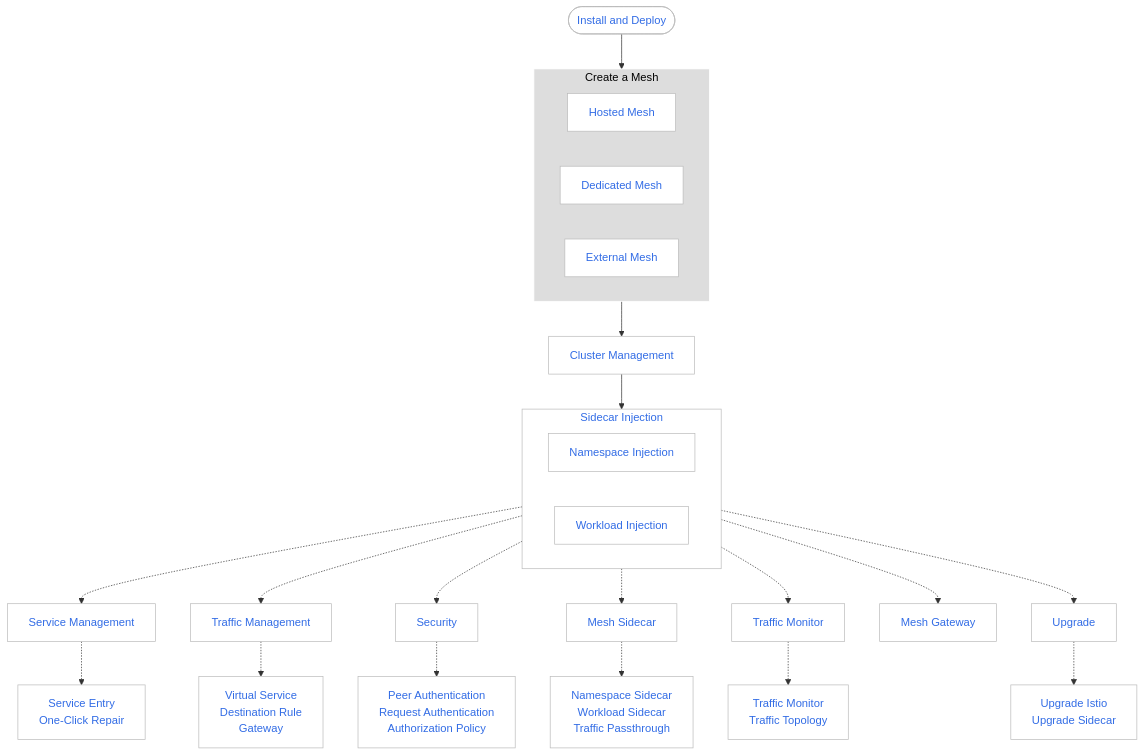
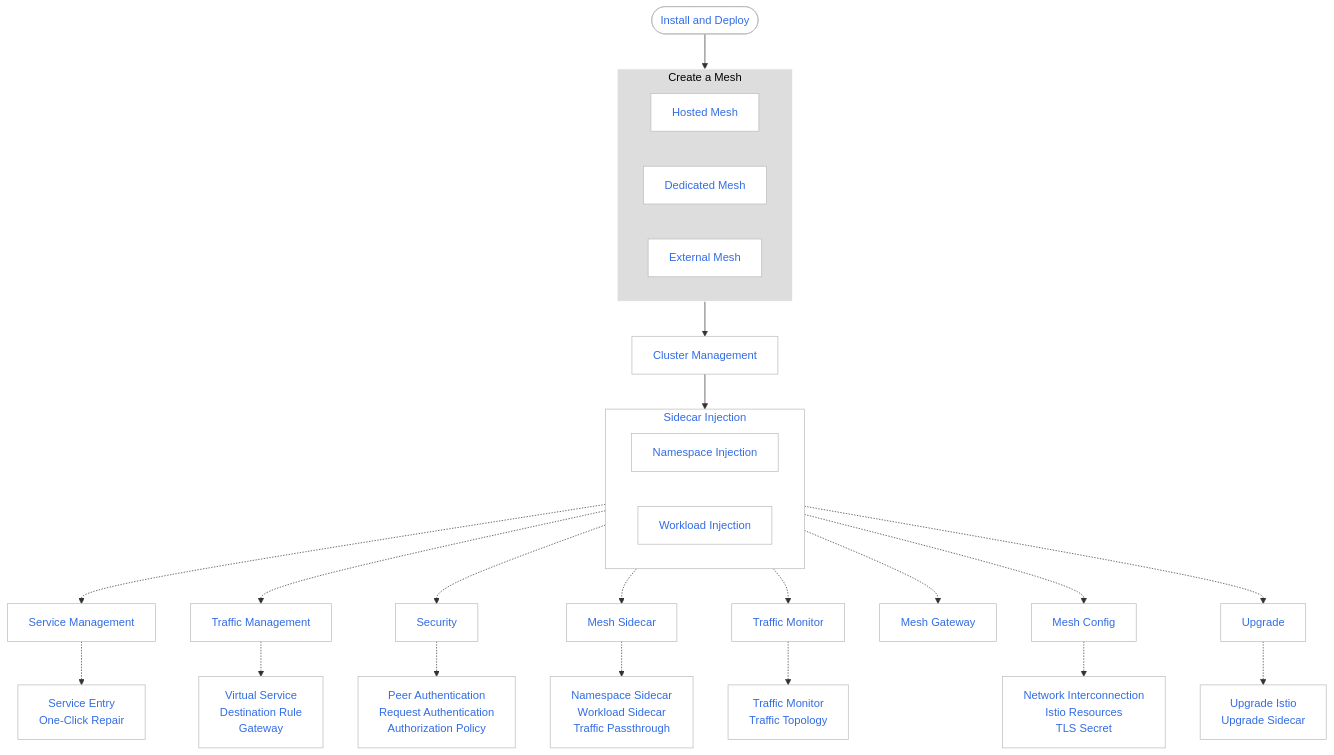
One commit to DaoCloud/DaoCloud-docs changed the diagram in docs/en/docs/mspider/intro/index.md. Above: the diagram before and after it, drawn with Mermaid. The commit also changed 1 other file, not shown here.

Commit message:
Update mspider index

````diff
--- a/docs/en/docs/mspider/intro/index.md
+++ b/docs/en/docs/mspider/intro/index.md
@@ -89,66 +89,69 @@
 ```mermaid
 flowchart TD
 
     install([Install and Deploy])
     install --> mesh[Create a Mesh]
         subgraph mesh[Create a Mesh]
             managed[Hosted Mesh]
             private[Dedicated Mesh]
             external[External Mesh]
             
         end
 
     mesh --> cluster[Cluster Management]
 
     cluster --> inject[Sidecar Injection]
 
         subgraph inject[Sidecar Injection]
             namespace[Namespace Injection]
             workload[Workload Injection]
         end
 
     
     inject -.-> service[Service Management]
     inject -.-> traffic[Traffic Management]
     inject -.-> security[Security]
     inject -.-> sidecar[Mesh Sidecar]
     inject -.-> watch[Traffic Monitor]
     inject -.-> gateway[Mesh Gateway]
+    inject -.-> config[Mesh Config]
     inject -.-> upgrade[Upgrade]
     
 
     service -.-> entry[Service Entry<br>One-Click Repair]
     traffic -.-> virtual[Virtual Service<br>Destination Rule<br>Gateway]
     security -.-> peer[Peer Authentication<br>Request Authentication<br>Authorization Policy]
     sidecar -.-> sidecarm[Namespace Sidecar<br>Workload Sidecar<br>Traffic Passthrough]
     watch -.-> watch2[Traffic Monitor<br>Traffic Topology]
+    config -.-> intercon[Network Interconnection<br>Istio Resources<br>TLS Secret]
     upgrade -.-> upgrade1[Upgrade Istio<br>Upgrade Sidecar]
 
     classDef plain fill:#ddd,stroke:#fff,stroke-width:1px,color:#000;
     classDef k8s fill:#326ce5,stroke:#fff,stroke-width:1px,color:#fff;
     classDef cluster fill:#fff,stroke:#bbb,stroke-width:1px,color:#326ce5;
 
     class mesh plain
-    class install,service,gateway,traffic,watch,upgrade,security,entry,virtual,peer,cluster,sidecar,sidecarm,watch2,managed,private,external,namespace,workload,upgrade1 cluster
+    class install,service,gateway,traffic,watch,upgrade,security,entry,virtual,peer,cluster,sidecar,sidecarm,watch2,managed,private,external,namespace,workload,upgrade1,config,intercon cluster
 
     click install "https://docs.daocloud.io/en/mspider/install/install/"
     click managed "https://docs.daocloud.io/en/mspider/user-guide/service-mesh/"
     click private "https://docs.daocloud.io/en/mspider/user-guide/service-mesh/"
     click external "https://docs.daocloud.io/en/mspider/user-guide/service-mesh/external-mesh/"
     click cluster "https://docs.daocloud.io/en/mspider/user-guide/cluster-management/join-clus/"
     click global "https://docs.daocloud.io/en/mspider/user-guide/sidecar-management/global-sidecar/"
     click namespace "https://docs.daocloud.io/en/mspider/user-guide/sidecar-management/ns-sidecar/"
     click workload "https://docs.daocloud.io/en/mspider/user-guide/sidecar-management/workload-sidecar/"
     click gateway "https://docs.daocloud.io/en/mspider/user-guide/gateway-instance/create/"
     click service "https://docs.daocloud.io/en/mspider/user-guide/service-list/"
     click traffic "https://docs.daocloud.io/en/mspider/user-guide/traffic-governance/"
     click security "https://docs.daocloud.io/en/mspider/user-guide/security/"
     click watch "https://docs.daocloud.io/en/mspider/user-guide/traffic-monitor/"
     click upgrade "https://docs.daocloud.io/en/mspider/user-guide/upgrade/istio-update/"
     click entry "https://docs.daocloud.io/en/mspider/user-guide/service-list/service-entry/"
     click virtual "https://docs.daocloud.io/en/mspider/user-guide/traffic-governance/virtual-service/"
     click peer "https://docs.daocloud.io/en/mspider/user-guide/security/peer/"
     click sidecar "https://docs.daocloud.io/en/mspider/user-guide/sidecar-management/ns-sidecar/"
     click sidecarm "https://docs.daocloud.io/en/mspider/user-guide/sidecar-management/passthrough/"
     click watch2 "https://docs.daocloud.io/en/mspider/user-guide/traffic-monitor/conn-topo/"
+    click intercon "https://docs.daocloud.io/en/mspider/user-guide/multicluster/cluster-interconnect/"
 ```
````
